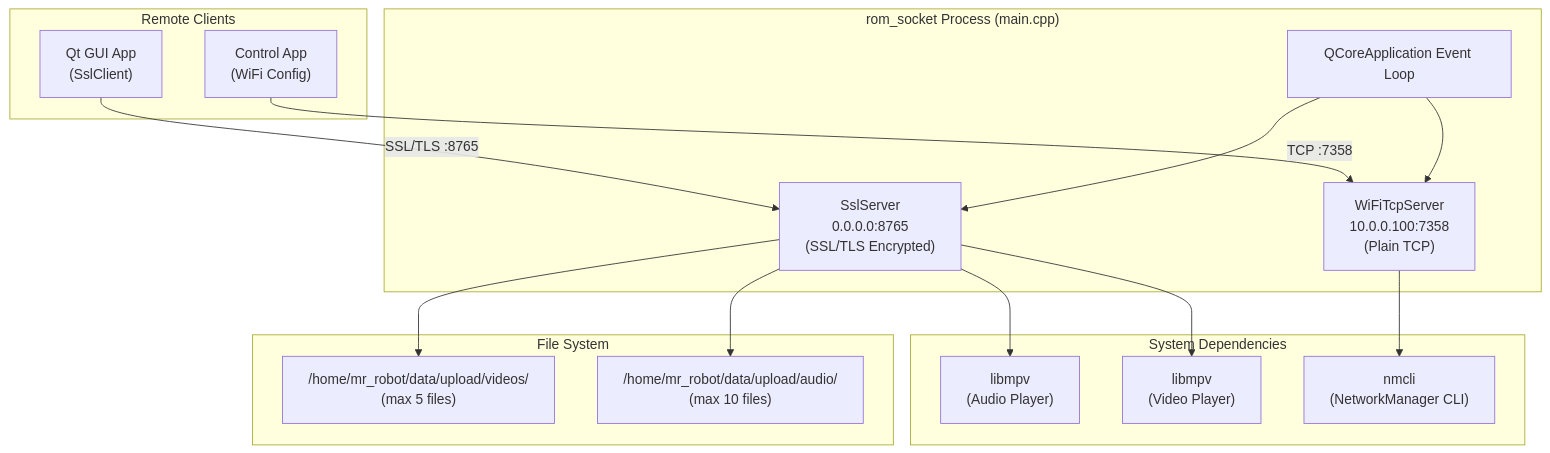
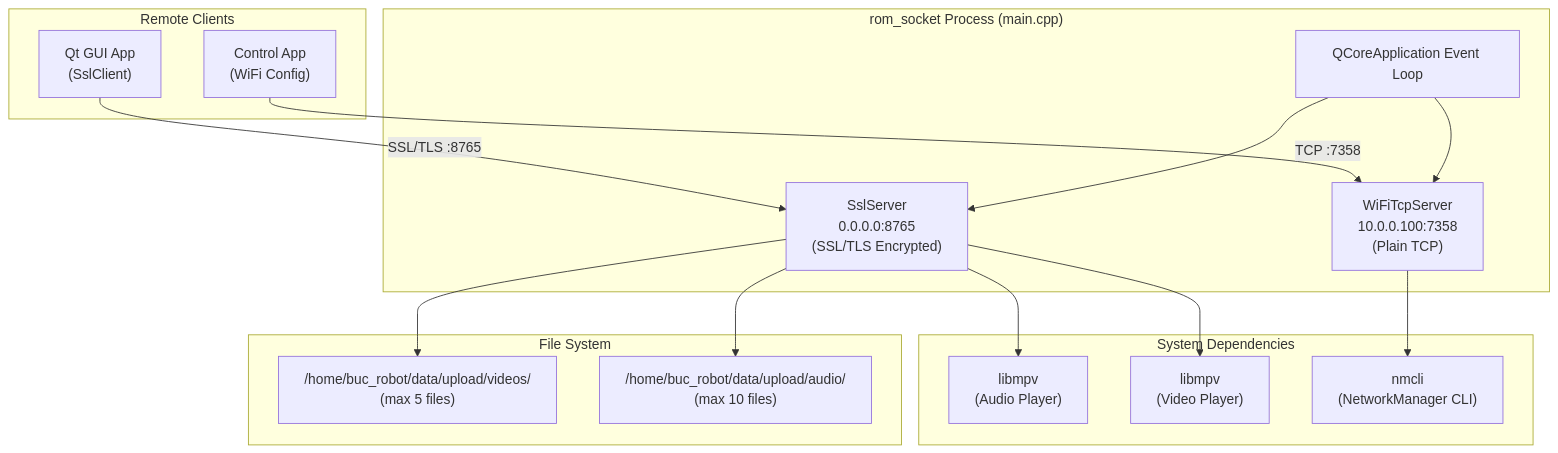
Before and after one commit to Open-Source-Robotics-For-Myanmar/edu_robot_sw: the first of 11 diagrams in rom_sdk/src/rom_socket/diagram.md, drawn with Mermaid. The commit also changed 41 other files, not shown here.

````diff
--- a/rom_sdk/src/rom_socket/diagram.md
+++ b/rom_sdk/src/rom_socket/diagram.md
@@ -5,37 +5,37 @@
 ```mermaid
 graph TB
     subgraph "Remote Clients"
         GUI["Qt GUI App<br/>(SslClient)"]
         CTRL["Control App<br/>(WiFi Config)"]
     end
 
     subgraph "rom_socket Process (main.cpp)"
         QApp["QCoreApplication Event Loop"]
         SSL["SslServer<br/>0.0.0.0:8765<br/>(SSL/TLS Encrypted)"]
         WIFI["WiFiTcpServer<br/>10.0.0.100:7358<br/>(Plain TCP)"]
     end
 
     subgraph "System Dependencies"
         MPV_A["libmpv<br/>(Audio Player)"]
         MPV_V["libmpv<br/>(Video Player)"]
         NMCLI["nmcli<br/>(NetworkManager CLI)"]
     end
 
     subgraph "File System"
-        VID["/home/mr_robot/data/upload/videos/<br/>(max 5 files)"]
-        AUD["/home/mr_robot/data/upload/audio/<br/>(max 10 files)"]
+        VID["/home/buc_robot/data/upload/videos/<br/>(max 5 files)"]
+        AUD["/home/buc_robot/data/upload/audio/<br/>(max 10 files)"]
     end
 
     GUI -->|"SSL/TLS :8765"| SSL
     CTRL -->|"TCP :7358"| WIFI
 
     QApp --> SSL
     QApp --> WIFI
 
     SSL --> MPV_A
     SSL --> MPV_V
     SSL --> VID
     SSL --> AUD
 
     WIFI --> NMCLI
 ```
````
